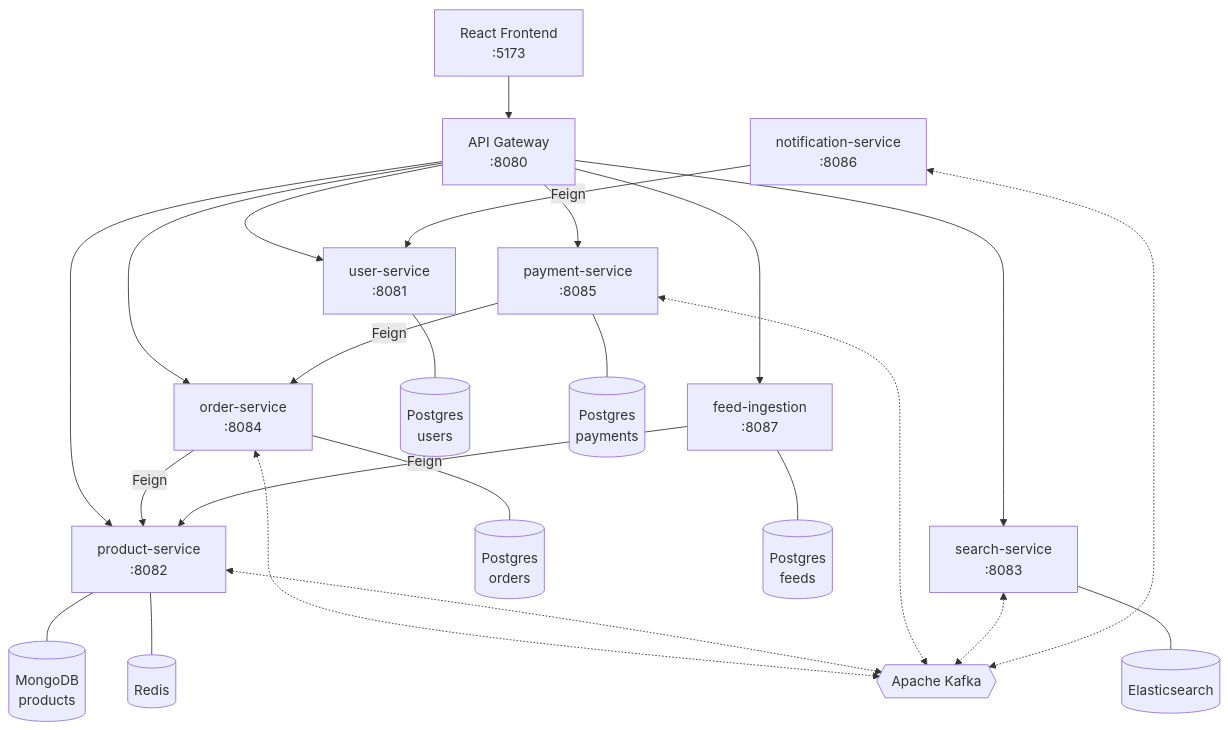
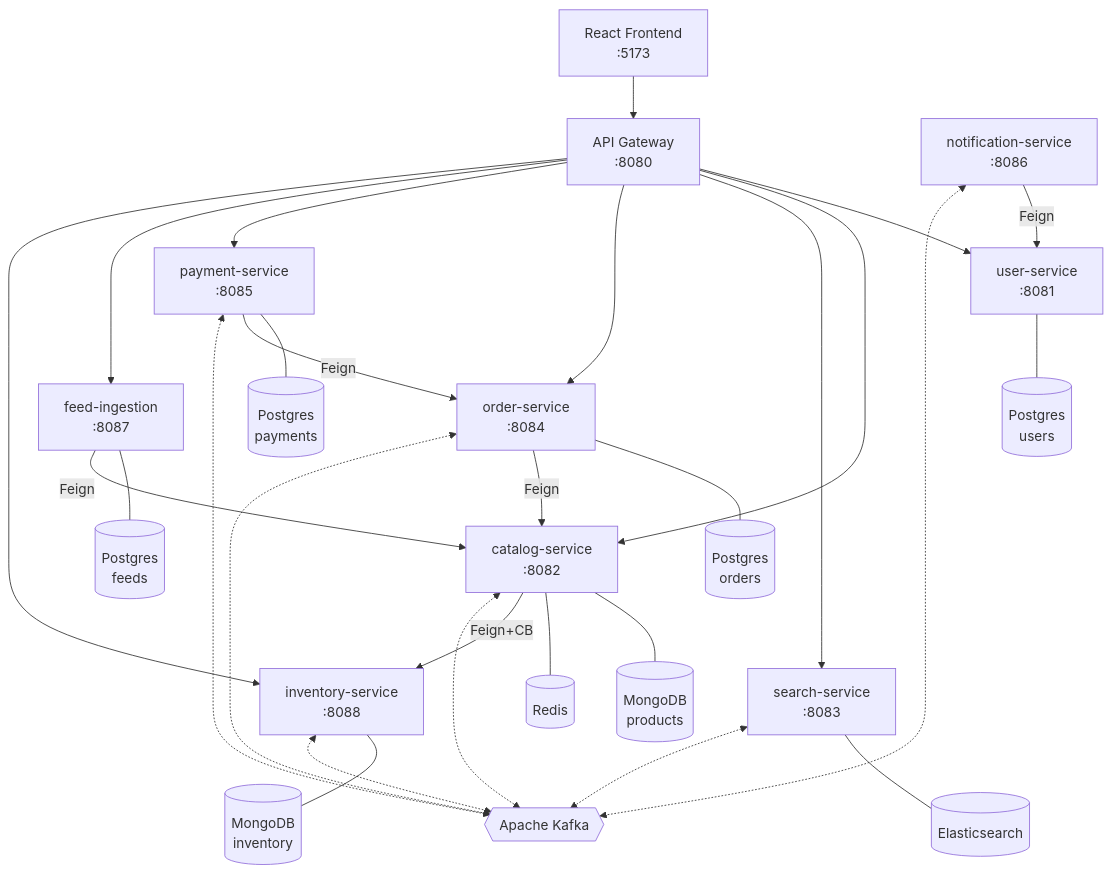
One commit to yigitdemirko/marketplace changed the first of 2 diagrams in README.md. Above: the diagram before and after it, drawn with Mermaid. The commit also changed other lines of this file and 96 other files, not shown here.

First line of the commit message:
chore(refactor): rename product-service to catalog-service (phase 3) (#131)

````diff
--- a/README.md
+++ b/README.md
@@ -21,49 +21,55 @@
 ```mermaid
 graph TB
     FE[React Frontend<br/>:5173]
     GW[API Gateway<br/>:8080]
 
     US[user-service<br/>:8081]
-    PS[product-service<br/>:8082]
+    CS[catalog-service<br/>:8082]
     SS[search-service<br/>:8083]
     OS[order-service<br/>:8084]
     PM[payment-service<br/>:8085]
     NS[notification-service<br/>:8086]
     FI[feed-ingestion<br/>:8087]
+    IV[inventory-service<br/>:8088]
 
     PGU[("Postgres<br/>users")]
     PGO[("Postgres<br/>orders")]
     PGP[("Postgres<br/>payments")]
     PGF[("Postgres<br/>feeds")]
-    MG[("MongoDB<br/>products")]
+    MGC[("MongoDB<br/>products")]
+    MGI[("MongoDB<br/>inventory")]
     ES[("Elasticsearch")]
     RD[("Redis")]
     K{{"Apache Kafka"}}
 
     FE --> GW
     GW --> US
-    GW --> PS
+    GW --> CS
     GW --> SS
     GW --> OS
     GW --> PM
     GW --> FI
+    GW --> IV
 
     US --- PGU
     OS --- PGO
     PM --- PGP
     FI --- PGF
-    PS --- MG
-    PS --- RD
+    CS --- MGC
+    CS --- RD
+    IV --- MGI
     SS --- ES
 
-    OS -- Feign --> PS
+    OS -- Feign --> CS
     PM -- Feign --> OS
-    FI -- Feign --> PS
+    FI -- Feign --> CS
+    CS -- Feign+CB --> IV
     NS -- Feign --> US
 
     OS <-.-> K
-    PS <-.-> K
+    CS <-.-> K
+    IV <-.-> K
     PM <-.-> K
     SS <-.-> K
     NS <-.-> K
 ```
````
